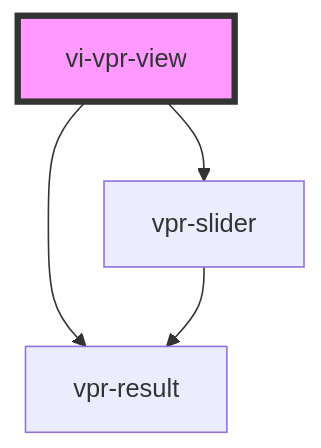
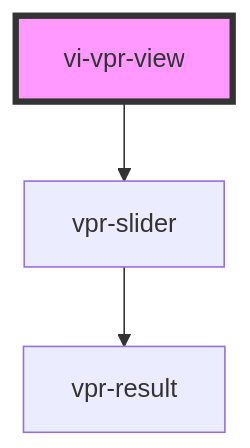
Before and after one commit to vviinn/widgets: the diagram in src/components/vpr-view/readme.md, drawn with Mermaid. The commit also changed other lines of this file and 22 other files, not shown here.

````diff
--- a/src/components/vpr-view/readme.md
+++ b/src/components/vpr-view/readme.md
@@ -41,7 +40,6 @@
 ```mermaid
 graph TD;
   vi-vpr-view --> vpr-slider
-  vi-vpr-view --> vpr-result
   vpr-slider --> vpr-result
   style vi-vpr-view fill:#f9f,stroke:#333,stroke-width:4px
 ```
````
